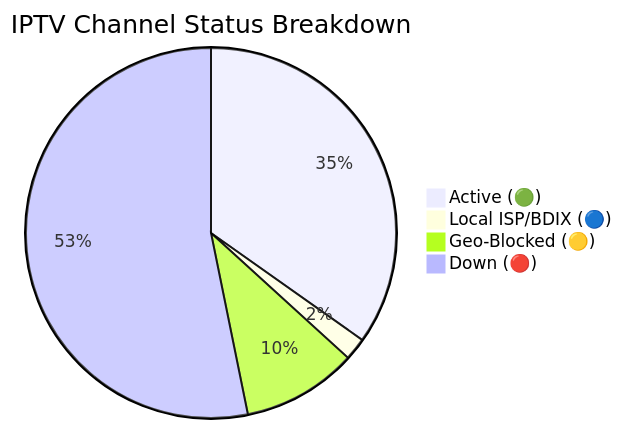
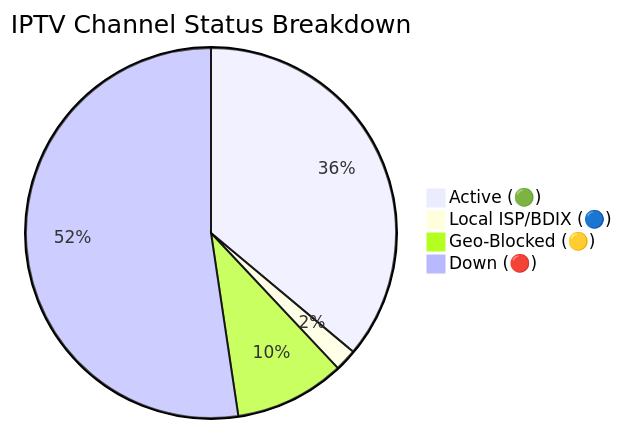
Before and after one commit to andreataylord/Ip-tv-Collection: the diagram in README.md, drawn with Mermaid. The commit also changed other lines of this file and 2 other files, not shown here.

````diff
--- a/README.md
+++ b/README.md
@@ -59,7 +59,7 @@
 ```mermaid
 pie title IPTV Channel Status Breakdown
-    "Active (🟢)" : 2266
+    "Active (🟢)" : 2399
     "Local ISP/BDIX (🔵)" : 128
-    "Geo-Blocked (🟡)" : 654
-    "Down (🔴)" : 3464
+    "Geo-Blocked (🟡)" : 641
+    "Down (🔴)" : 3482
 ```
````
